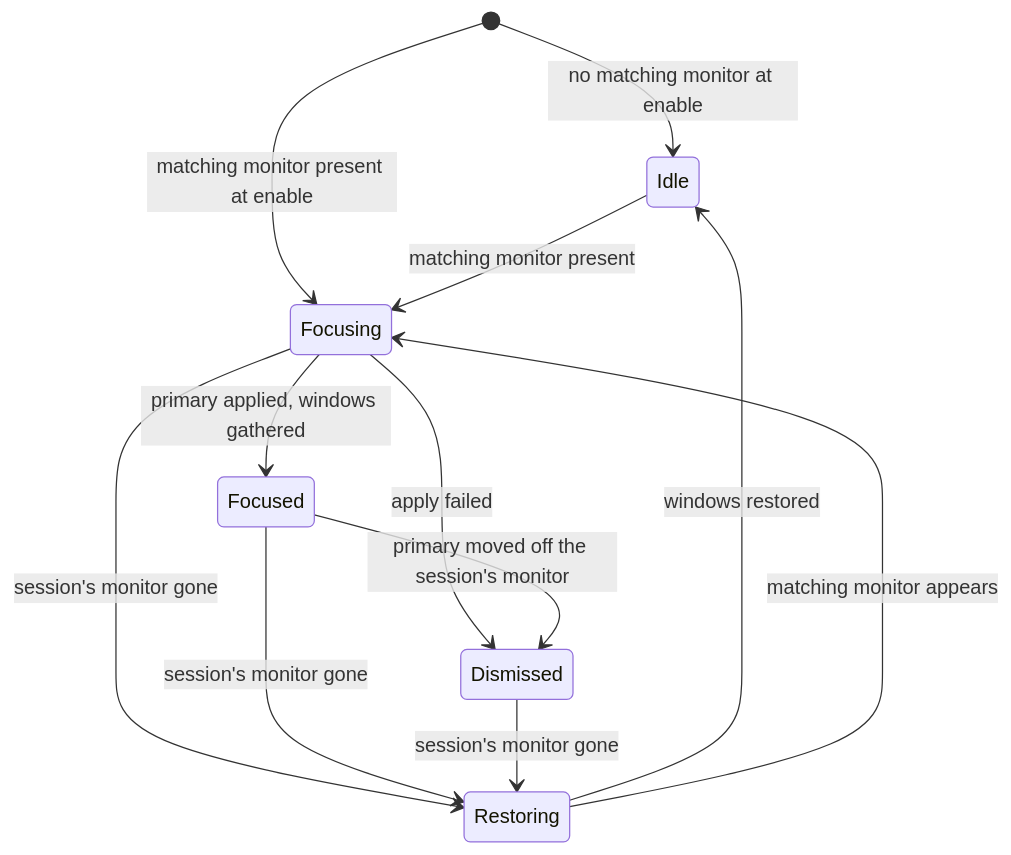
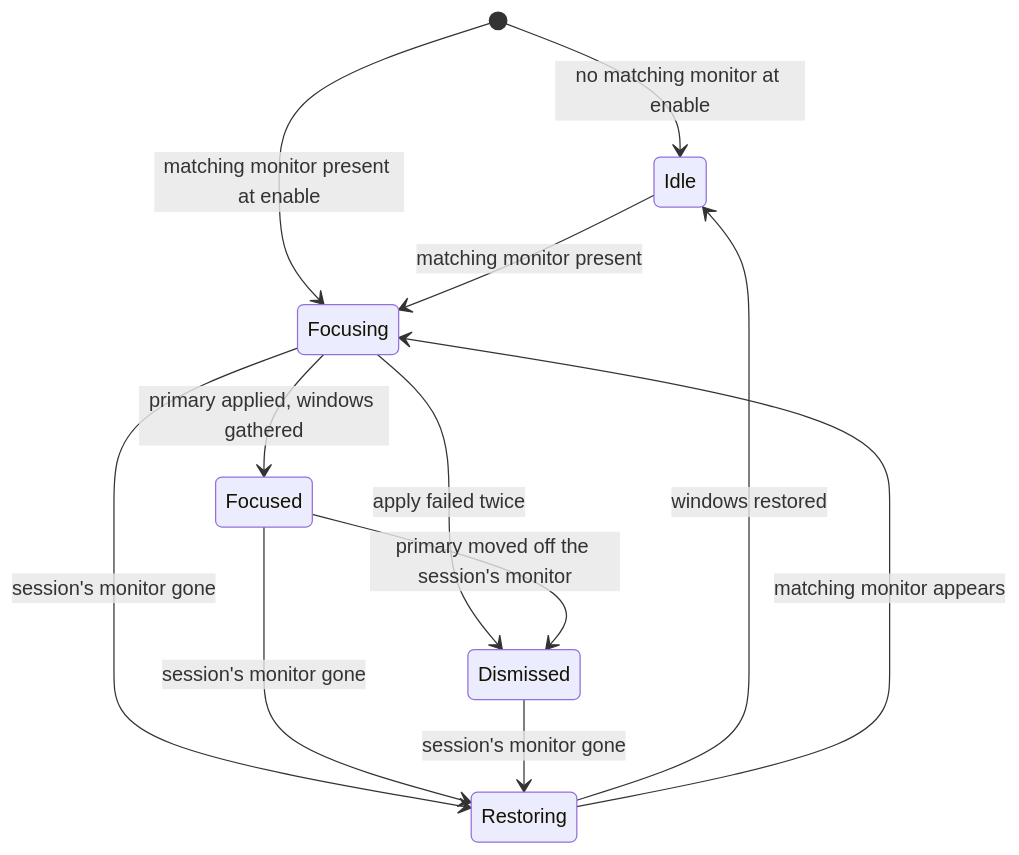
One commit to michal-b-bozek/rdp-primary-monitor changed the diagram in docs/design.md. Above: the diagram before and after it, drawn with Mermaid. The commit also changed other lines of this file and 1 other file, not shown here.

First line of the commit message:
docs(adr): apply the primary as a temporary configuration

````diff
--- a/docs/design.md
+++ b/docs/design.md
@@ -36,14 +36,14 @@
 ```mermaid
 stateDiagram-v2
     [*] --> Idle: no matching monitor at enable
     [*] --> Focusing: matching monitor present at enable
     Idle --> Focusing: matching monitor present
     Focusing --> Focused: primary applied, windows gathered
     Focusing --> Restoring: session's monitor gone
-    Focusing --> Dismissed: apply failed
+    Focusing --> Dismissed: apply failed twice
     Focused --> Restoring: session's monitor gone
     Focused --> Dismissed: primary moved off the session's monitor
     Dismissed --> Restoring: session's monitor gone
     Restoring --> Idle: windows restored
     Restoring --> Focusing: matching monitor appears
 ```
````
